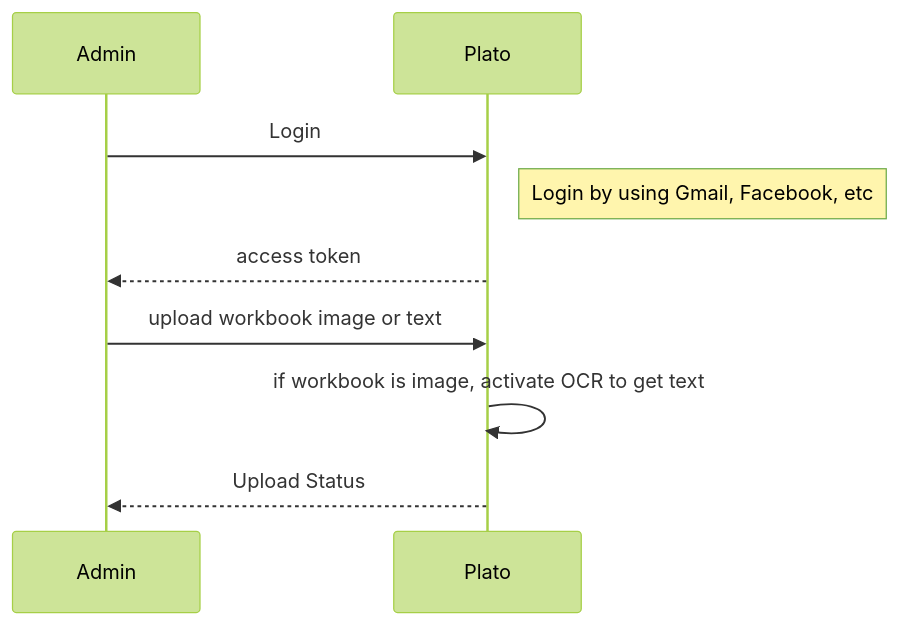
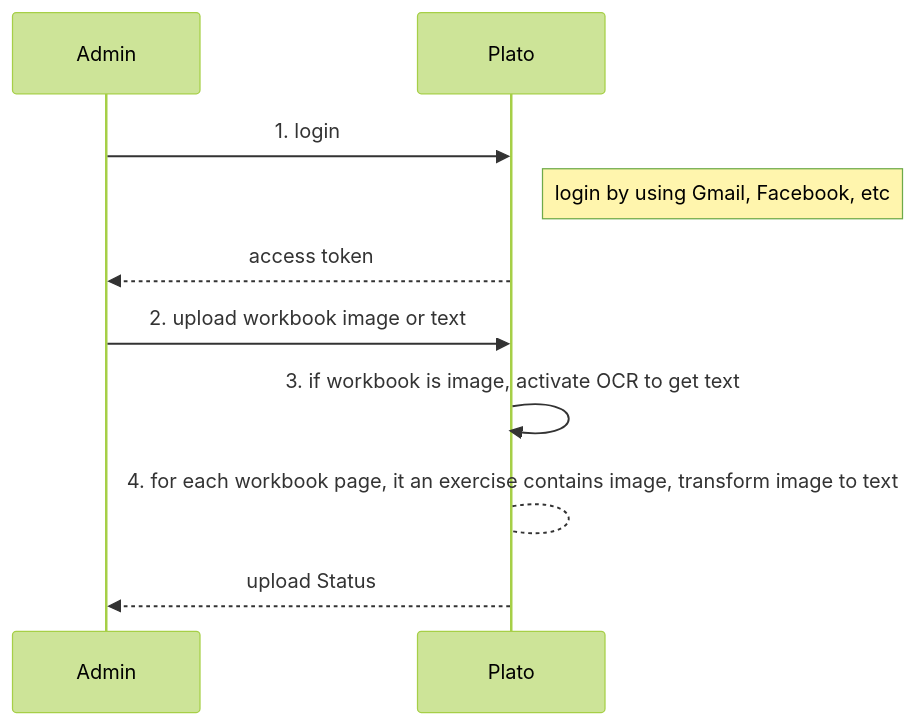
Before and after one commit to dimastatz/plato: the first of 2 diagrams in docs/design.md, drawn with Mermaid (forest theme). The commit also changed other lines of this file, not shown here.

````diff
--- a/docs/design.md
+++ b/docs/design.md
@@ -44,9 +44,10 @@
 ```mermaid
 sequenceDiagram
-Admin->>Plato: Login
-Note right of Plato: Login by using Gmail, Facebook, etc 
+Admin->>Plato: 1. login
+Note right of Plato: login by using Gmail, Facebook, etc 
 Plato-->>Admin: access token
-Admin->>Plato: upload workbook image or text
-Plato->>Plato: if workbook is image, activate OCR to get text
-Plato-->>Admin: Upload Status
+Admin->>Plato: 2. upload workbook image or text
+Plato->>Plato: 3. if workbook is image, activate OCR to get text
+Plato-->Plato: 4. for each workbook page, it an exercise contains image, transform image to text 
+Plato-->>Admin: upload Status
 ```
````
